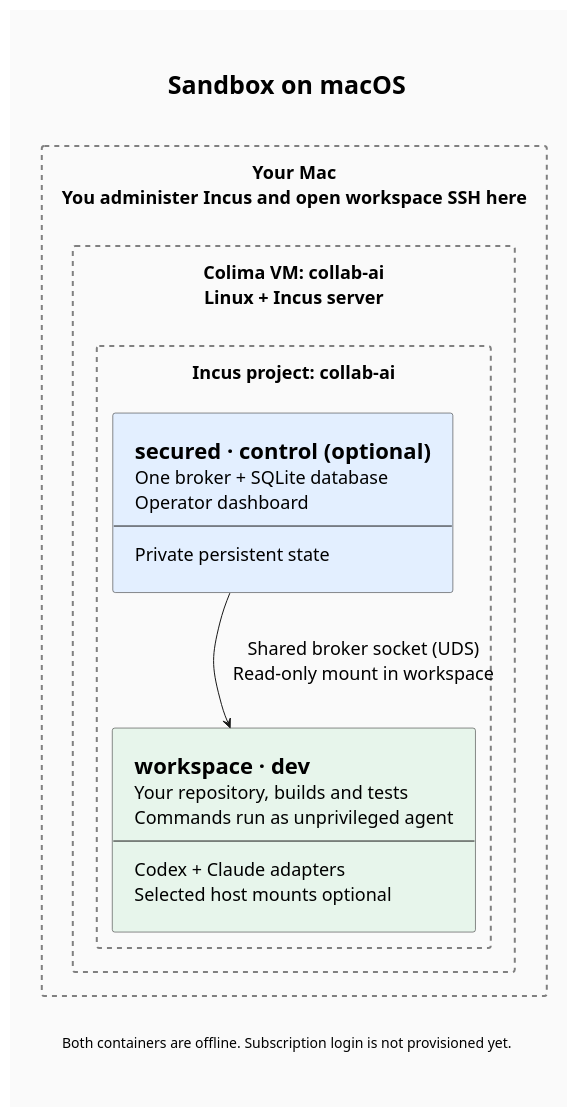
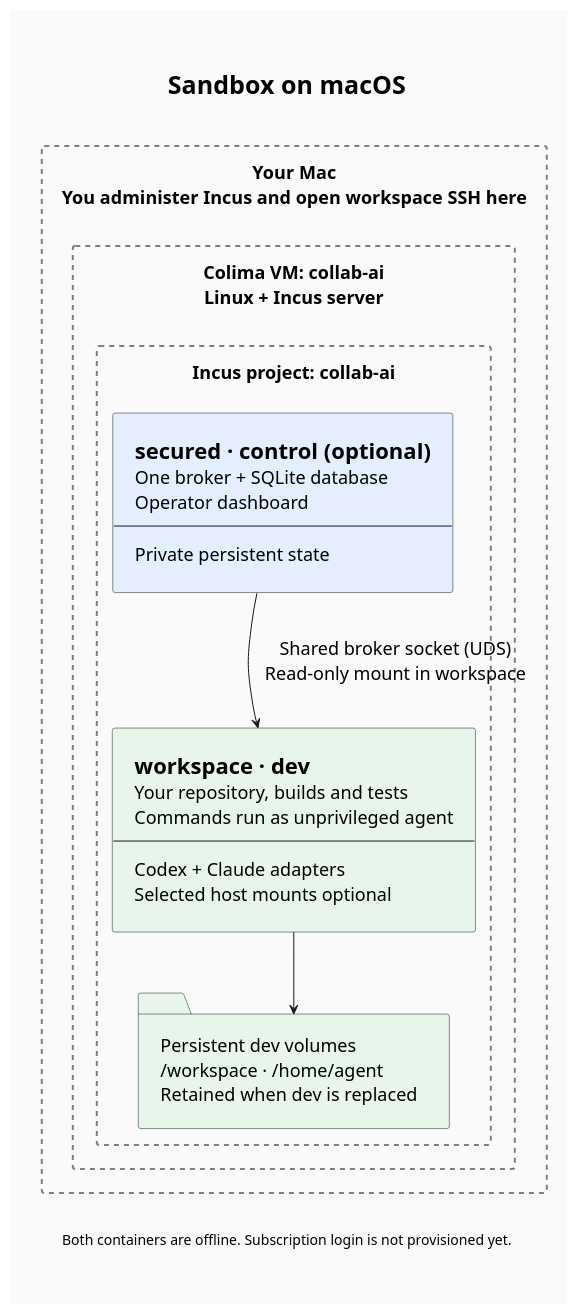
One commit to makarski/collab-ai changed the diagram in docs/assets/sandbox-macos.puml. Above: the diagram before and after it, drawn with PlantUML. The commit also changed 24 other files, not shown here.

Commit message:
feat: persist dev workspace and agent home on Incus volumes

```diff
--- a/docs/assets/sandbox-macos.puml
+++ b/docs/assets/sandbox-macos.puml
@@ -1,62 +1,64 @@
 @startuml sandbox-macos
 ' Render from the repository root:
 ' plantuml -tsvg -nometadata docs/assets/sandbox-macos.puml
 
 title Sandbox on macOS
 
 <style>
 title {
     FontSize 25
 }
 document {
     Margin 20
     BackgroundColor #fafafa
 }
 rectangle {
     LineStyle 5
     LineColor #grey
     LineThickness 2
 }
 .Workspace {
     BackgroundColor #e7f5eb
 }
 .Secured {
     BackgroundColor #e3efff
 }
 </style>
 
 hide stereotype
 skinparam {
     backgroundColor #fafafa
     shadowing false
     componentStyle rectangle
     defaultFontSize 18
     padding 12
 }
 
 rectangle "Your Mac\nYou administer Incus and open workspace SSH here" as Mac {
     rectangle "Colima VM: collab-ai\nLinux + Incus server" as VM {
 rectangle "Incus project: collab-ai" as Project {
     component Secured <<Secured>> [
         =secured · control (optional)
         One broker + SQLite database
         Operator dashboard
         --
         Private persistent state
     ]
     component Workspace <<Workspace>> [
         =workspace · dev
         Your repository, builds and tests
         Commands run as unprivileged agent
         --
         Codex + Claude adapters
         Selected host mounts optional
     ]
+    folder "Persistent dev volumes\n/workspace · /home/agent\nRetained when dev is replaced" as Data <<Workspace>>
+    Workspace -down-> Data
 }
     }
 Secured -down-> Workspace : Shared broker socket (UDS)\nRead-only mount in workspace
 }
 
 caption Both containers are offline. Subscription login is not provisioned yet.
 
 @enduml
```
